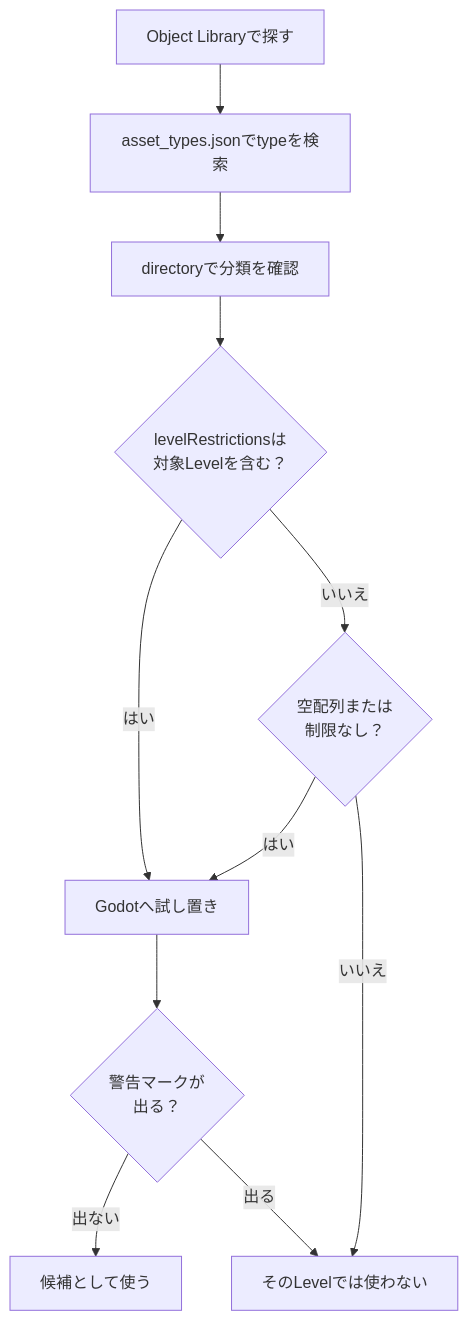
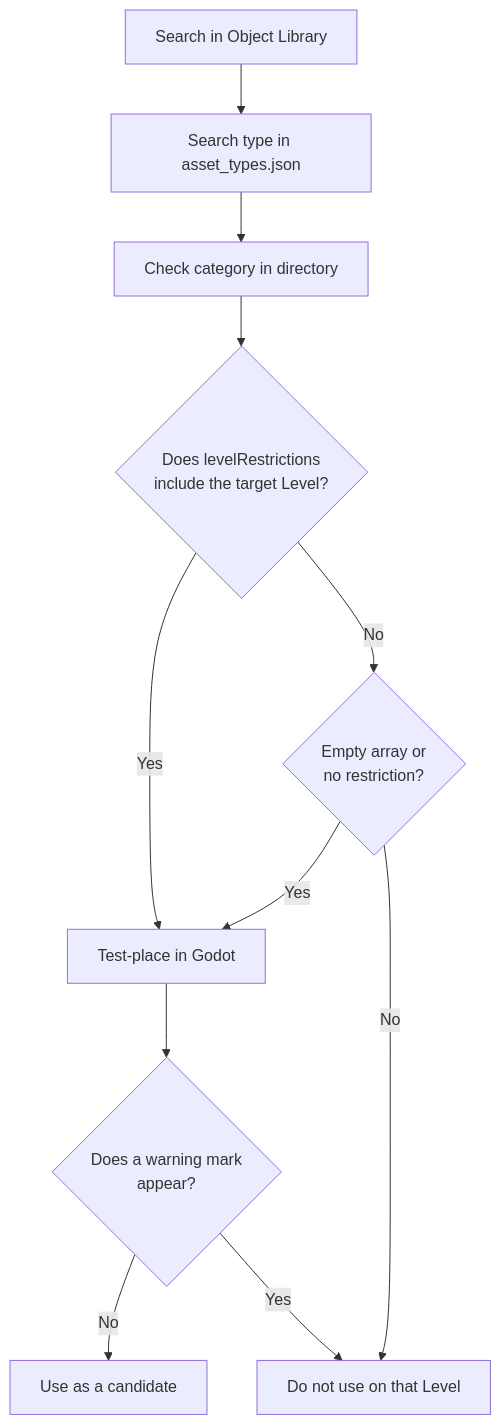
Before and after one commit to link1345/bf-portal-book: the diagram in content/locales/en/chapters/4-map-editer.md, drawn with Mermaid. The commit also changed other lines of this file and 2 other files, not shown here.

````diff
--- a/content/locales/en/chapters/4-map-editer.md
+++ b/content/locales/en/chapters/4-map-editer.md
@@ -63,21 +63,21 @@
 ```mermaid
 flowchart TD
-  library["Object Libraryで探す"]
-  assetTypes["asset_types.jsonでtypeを検索"]
-  directory["directoryで分類を確認"]
-  restrictions{"levelRestrictionsは<br/>対象Levelを含む？"}
-  empty{"空配列または<br/>制限なし？"}
-  place["Godotへ試し置き"]
-  warning{"警告マークが<br/>出る？"}
-  usable["候補として使う"]
-  unusable["そのLevelでは使わない"]
+  library["Search in Object Library"]
+  assetTypes["Search type in asset_types.json"]
+  directory["Check category in directory"]
+  restrictions{"Does levelRestrictions<br/>include the target Level?"}
+  empty{"Empty array or<br/>no restriction?"}
+  place["Test-place in Godot"]
+  warning{"Does a warning mark<br/>appear?"}
+  usable["Use as a candidate"]
+  unusable["Do not use on that Level"]
 
   library --> assetTypes --> directory --> restrictions
-  restrictions -- "はい" --> place
-  restrictions -- "いいえ" --> empty
-  empty -- "はい" --> place
-  empty -- "いいえ" --> unusable
+  restrictions -- "Yes" --> place
+  restrictions -- "No" --> empty
+  empty -- "Yes" --> place
+  empty -- "No" --> unusable
   place --> warning
-  warning -- "出ない" --> usable
-  warning -- "出る" --> unusable
+  warning -- "No" --> usable
+  warning -- "Yes" --> unusable
 ```
````
